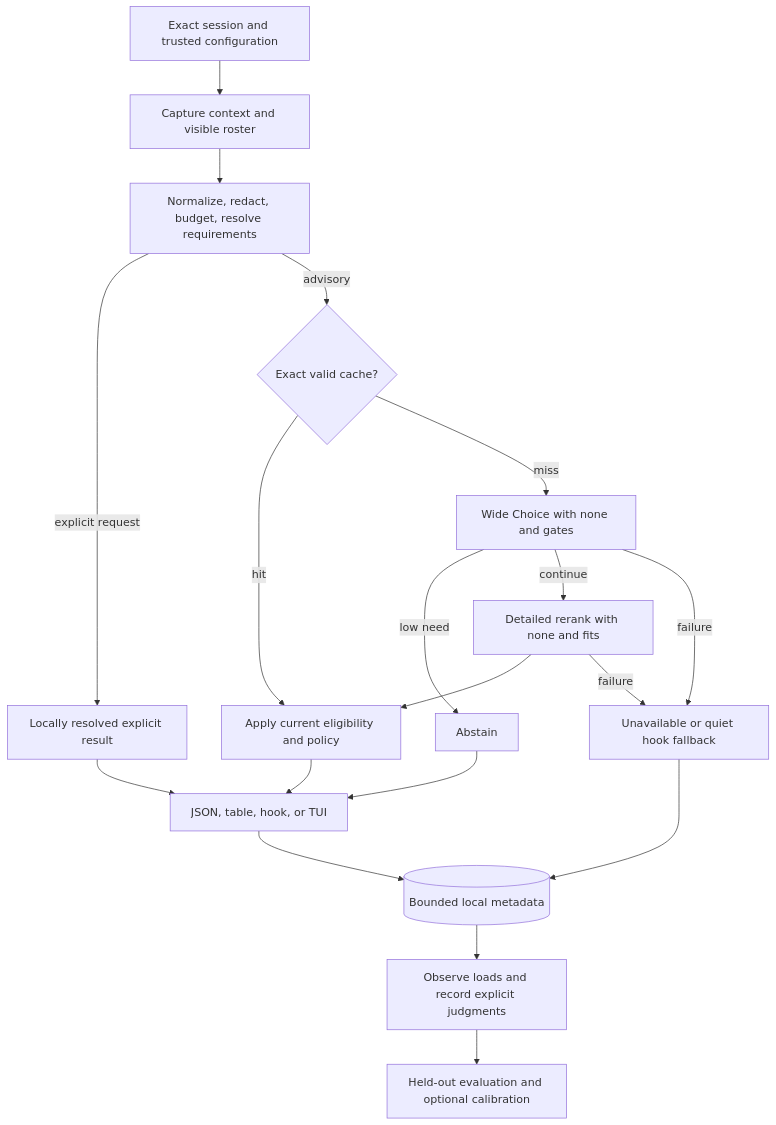
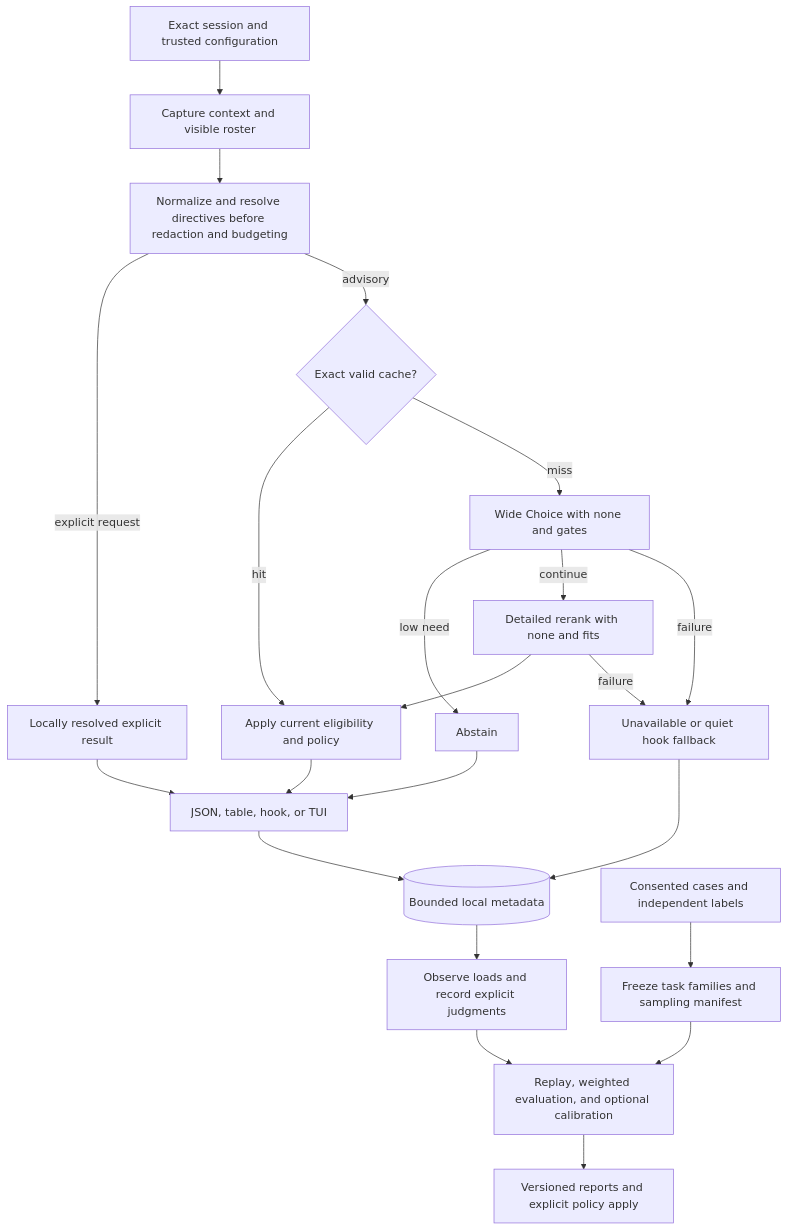
One commit to Dicklesworthstone/skillranker changed the diagram in README.md. Above: the diagram before and after it, drawn with Mermaid. The commit also changed other lines of this file, not shown here.

First line of the commit message:
docs(readme): align evaluation, sampling, and retrieval with the revised plan

````diff
--- a/README.md
+++ b/README.md
@@ -683,21 +1004,24 @@
 ```mermaid
 flowchart TD
     A[Exact session and trusted configuration] --> B[Capture context and visible roster]
-    B --> C[Normalize, redact, budget, resolve requirements]
+    B --> C[Normalize and resolve directives before redaction and budgeting]
     C -->|explicit request| X[Locally resolved explicit result]
     C -->|advisory| K{Exact valid cache?}
     K -->|hit| P[Apply current eligibility and policy]
     K -->|miss| W[Wide Choice with none and gates]
     W -->|low need| N[Abstain]
     W -->|continue| R[Detailed rerank with none and fits]
     R --> P
     P --> O[JSON, table, hook, or TUI]
     W -->|failure| U[Unavailable or quiet hook fallback]
     R -->|failure| U
     X --> O
     N --> O
     O --> L[(Bounded local metadata)]
     U --> L
     L --> F[Observe loads and record explicit judgments]
-    F --> E[Held-out evaluation and optional calibration]
+    F --> E[Replay, weighted evaluation, and optional calibration]
+    D[Consented cases and independent labels] --> S[Freeze task families and sampling manifest]
+    S --> E
+    E --> V[Versioned reports and explicit policy apply]
 ```
````
